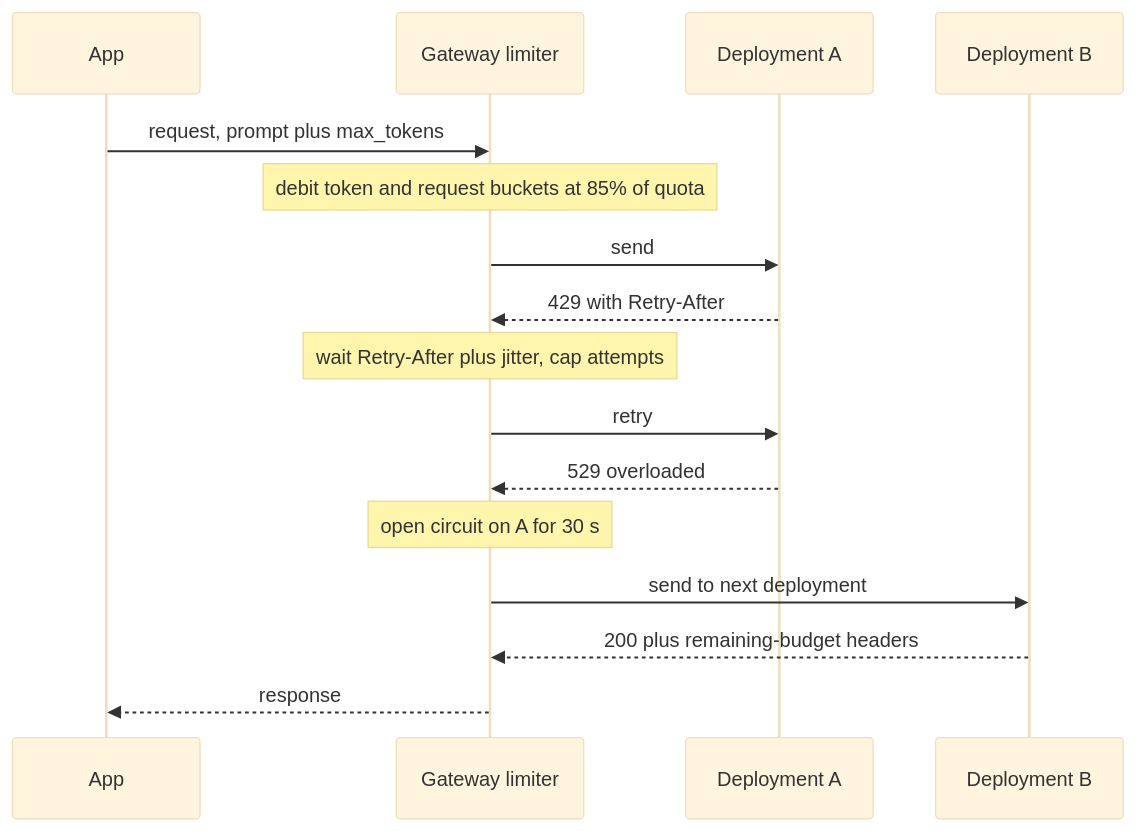
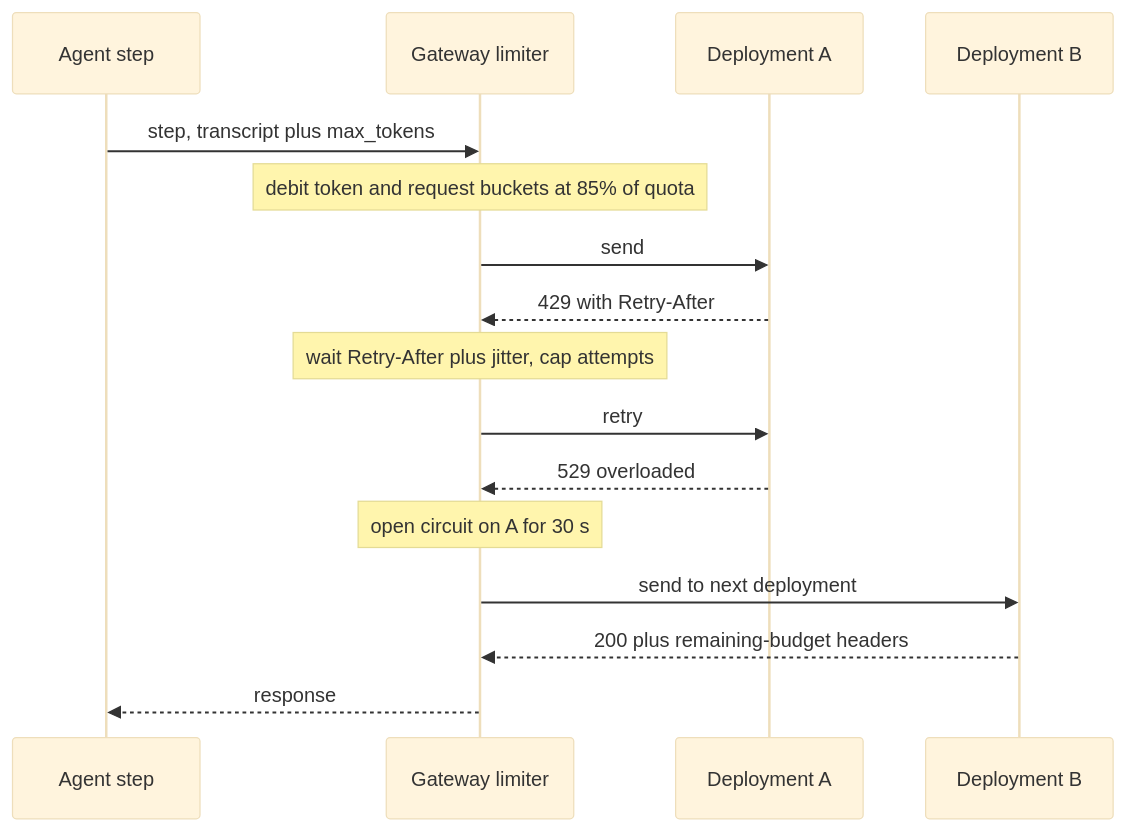
One commit to lovishmahajan97/agentic-learning changed the diagram in content/infra-capacity-economics/api-provider-quotas-and-regional-limits.md. Above: the diagram before and after it, drawn with Mermaid (base theme). The commit also changed other lines of this file and 485 other files, not shown here.

````diff
--- a/content/infra-capacity-economics/api-provider-quotas-and-regional-limits.md
+++ b/content/infra-capacity-economics/api-provider-quotas-and-regional-limits.md
@@ -144,18 +172,18 @@
 ```mermaid
 sequenceDiagram
-    participant A as App
+    participant A as Agent step
     participant G as Gateway limiter
     participant D1 as Deployment A
     participant D2 as Deployment B
-    A->>G: request, prompt plus max_tokens
+    A->>G: step, transcript plus max_tokens
     Note over G: debit token and request buckets at 85% of quota
     G->>D1: send
     D1-->>G: 429 with Retry-After
     Note over G: wait Retry-After plus jitter, cap attempts
     G->>D1: retry
     D1-->>G: 529 overloaded
     Note over G: open circuit on A for 30 s
     G->>D2: send to next deployment
     D2-->>G: 200 plus remaining-budget headers
     G-->>A: response
 ```
````
